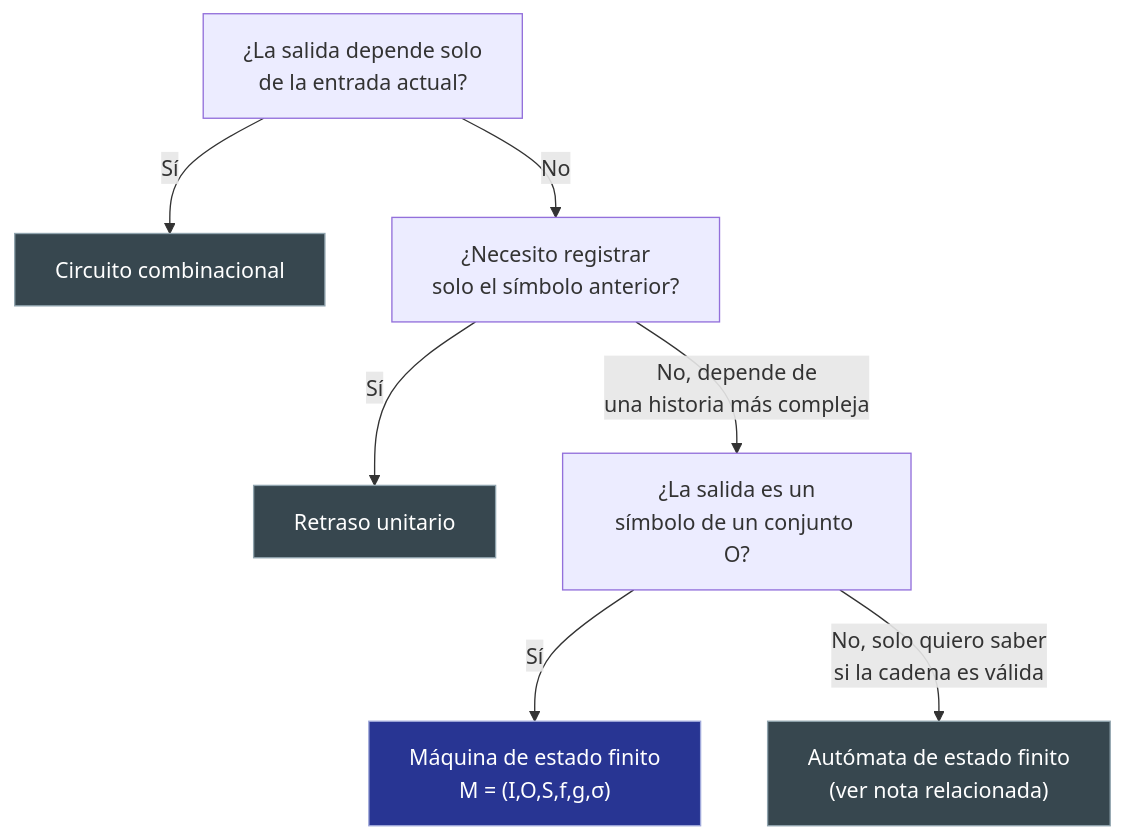
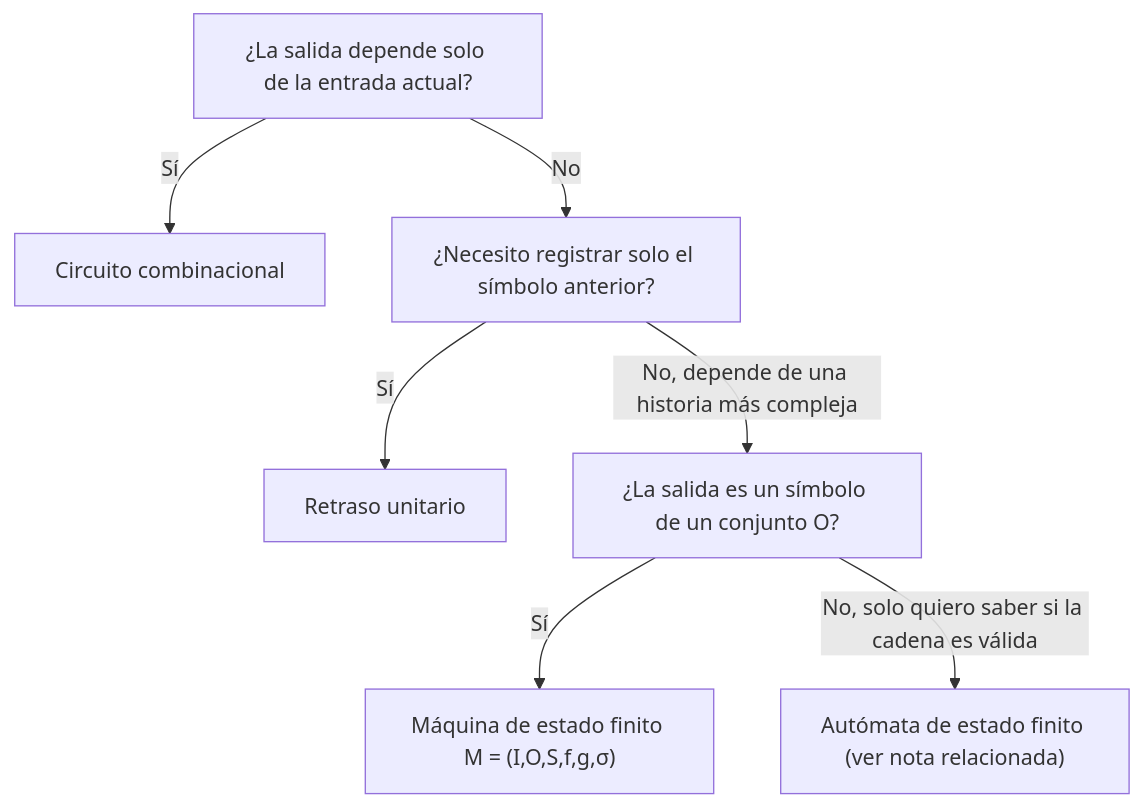
One commit to Fsteven22/Notas-ESPOL changed the diagram in src/site/notes/Universidad/3er Semestre/Matemáticas Discretas/Unidad 6 - Lenguajes y Autómatas/01 - Máquinas de Estado Finito - Definición y Estructura.md. Above: the diagram before and after it, drawn with Mermaid. The commit also changed other lines of this file and 179 other files, not shown here.

````diff
--- a/src/site/notes/Universidad/3er Semestre/Matemáticas Discretas/Unidad 6 - Lenguajes y Autómatas/01 - Máquinas de Estado Finito - Definición y Estructura.md
+++ b/src/site/notes/Universidad/3er Semestre/Matemáticas Discretas/Unidad 6 - Lenguajes y Autómatas/01 - Máquinas de Estado Finito - Definición y Estructura.md
@@ -287,13 +274,9 @@
 ```mermaid
 graph TD
-    A["¿La salida depende solo<br/>de la entrada actual?"] -->|"Sí"| B["Circuito combinacional"]
-    A -->|"No"| C["¿Necesito registrar<br/>solo el símbolo anterior?"]
+    A["¿La salida depende solo de la entrada actual?"] -->|"Sí"| B["Circuito combinacional"]
+    A -->|"No"| C["¿Necesito registrar solo el símbolo anterior?"]
     C -->|"Sí"| D["Retraso unitario"]
-    C -->|"No, depende de<br/>una historia más compleja"| E["¿La salida es un<br/>símbolo de un conjunto O?"]
-    E -->|"Sí"| F["Máquina de estado finito<br/>M = (I,O,S,f,g,σ)"]
-    E -->|"No, solo quiero saber<br/>si la cadena es válida"| G["Autómata de estado finito<br/>(ver nota relacionada)"]
-    style B fill:#37474F,color:#FFFFFF,stroke:#90A4AE,stroke-width:1px
-    style D fill:#37474F,color:#FFFFFF,stroke:#90A4AE,stroke-width:1px
-    style F fill:#283593,color:#FFFFFF,stroke:#9FA8DA,stroke-width:1px
-    style G fill:#37474F,color:#FFFFFF,stroke:#90A4AE,stroke-width:1px
+    C -->|"No, depende de una historia más compleja"| E["¿La salida es un símbolo de un conjunto O?"]
+    E -->|"Sí"| F["Máquina de estado finito M = (I,O,S,f,g,σ)"]
+    E -->|"No, solo quiero saber si la cadena es válida"| G["Autómata de estado finito (ver nota relacionada)"]
 ```
````
